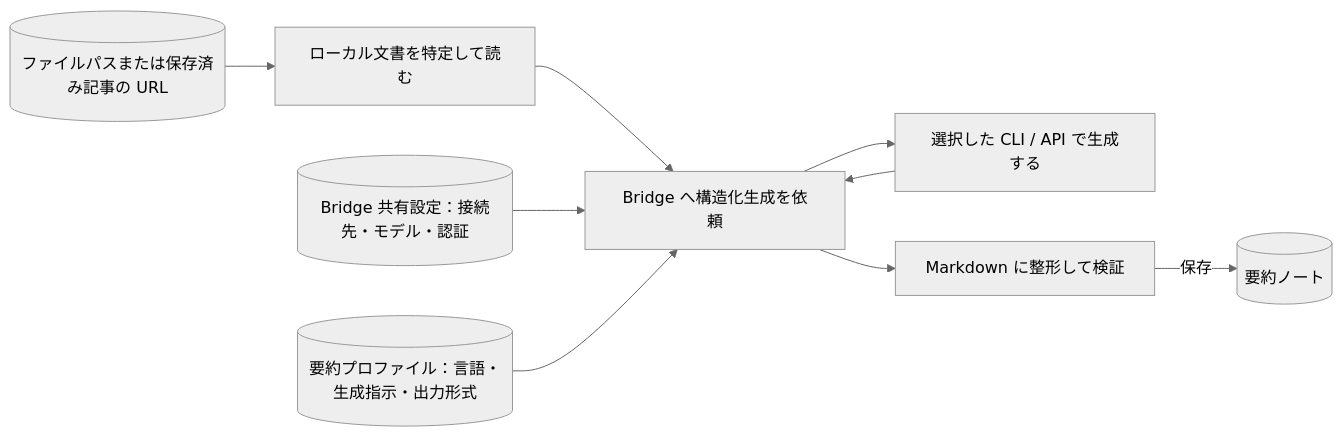
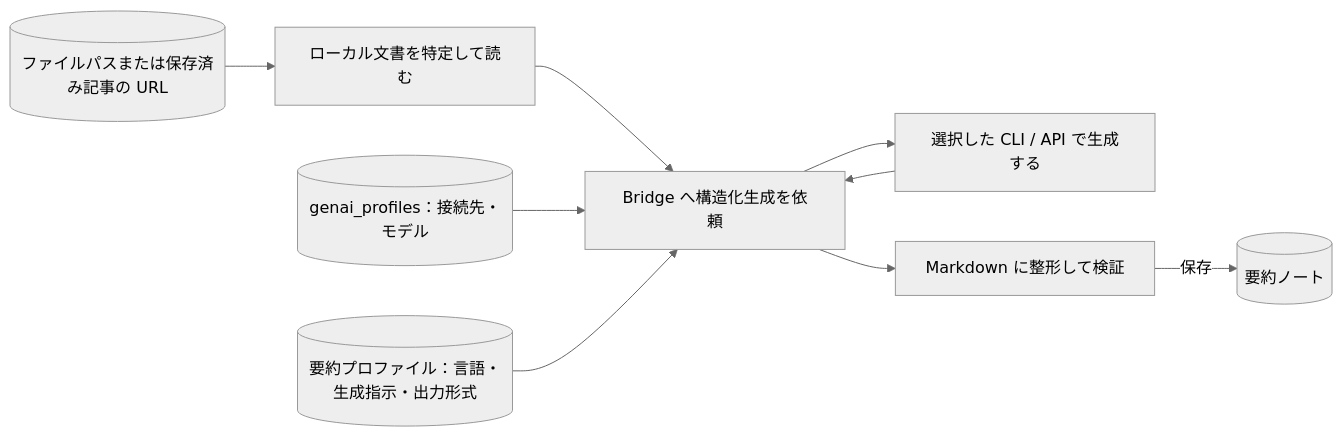
The diagram in README.md (tuckn/tkn_doc_summarizer), drawn with Mermaid (neutral theme) before and after one commit. The commit also changed other lines of this file and 16 other files, not shown here.

First line of the commit message:
feat!: define AI connections in genai_profiles and stop reading Bridge config (schema 3.0.0)

````diff
--- a/README.md
+++ b/README.md
@@ -55,11 +55,11 @@
 ```mermaid
 flowchart LR
     Input[("ファイルパスまたは保存済み記事の URL")] --> Resolve["ローカル文書を特定して読む"]
     Resolve --> Generate["Bridge へ構造化生成を依頼"]
-    Connection[("Bridge 共有設定：接続先・モデル・認証")] --> Generate
+    Connection[("genai_profiles：接続先・モデル")] --> Generate
     Generate --> AI["選択した CLI / API で生成する"]
     AI --> Generate
     Profile[("要約プロファイル：言語・生成指示・出力形式")] --> Generate
     Generate --> Validate["Markdown に整形して検証"]
     Validate -->|保存| Note[("要約ノート")]
 ```
````
